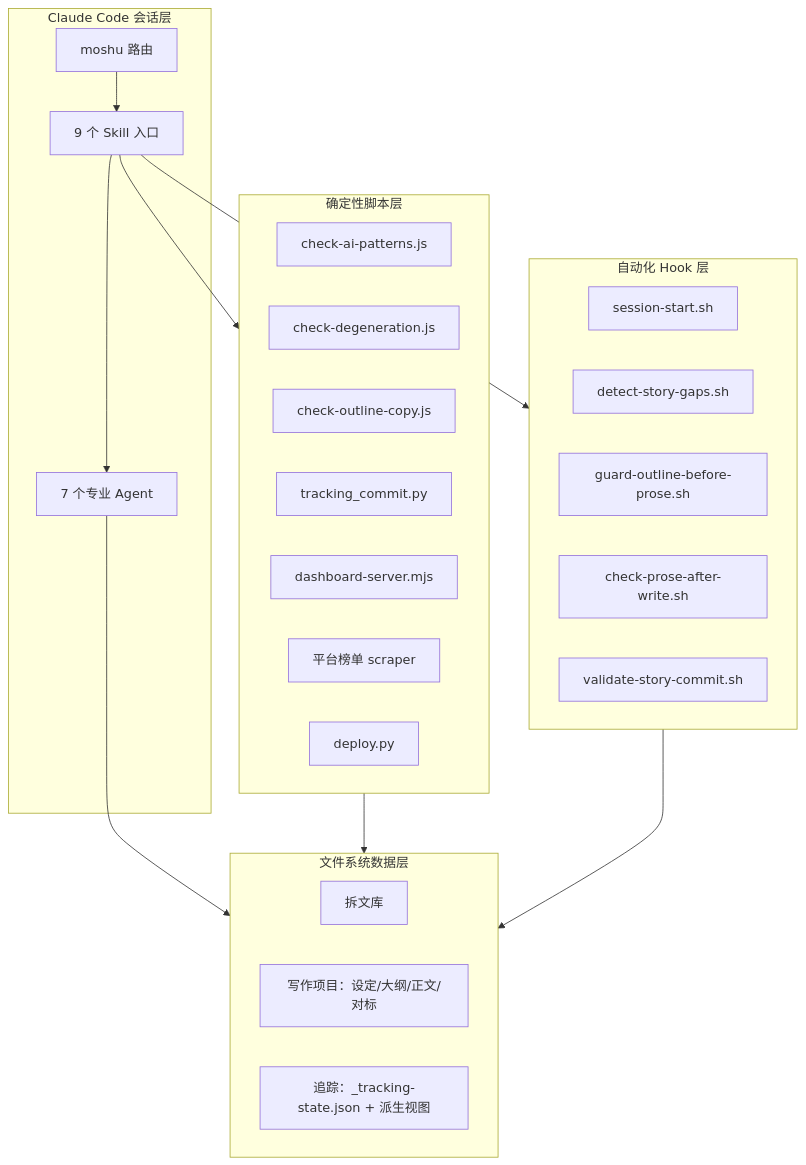
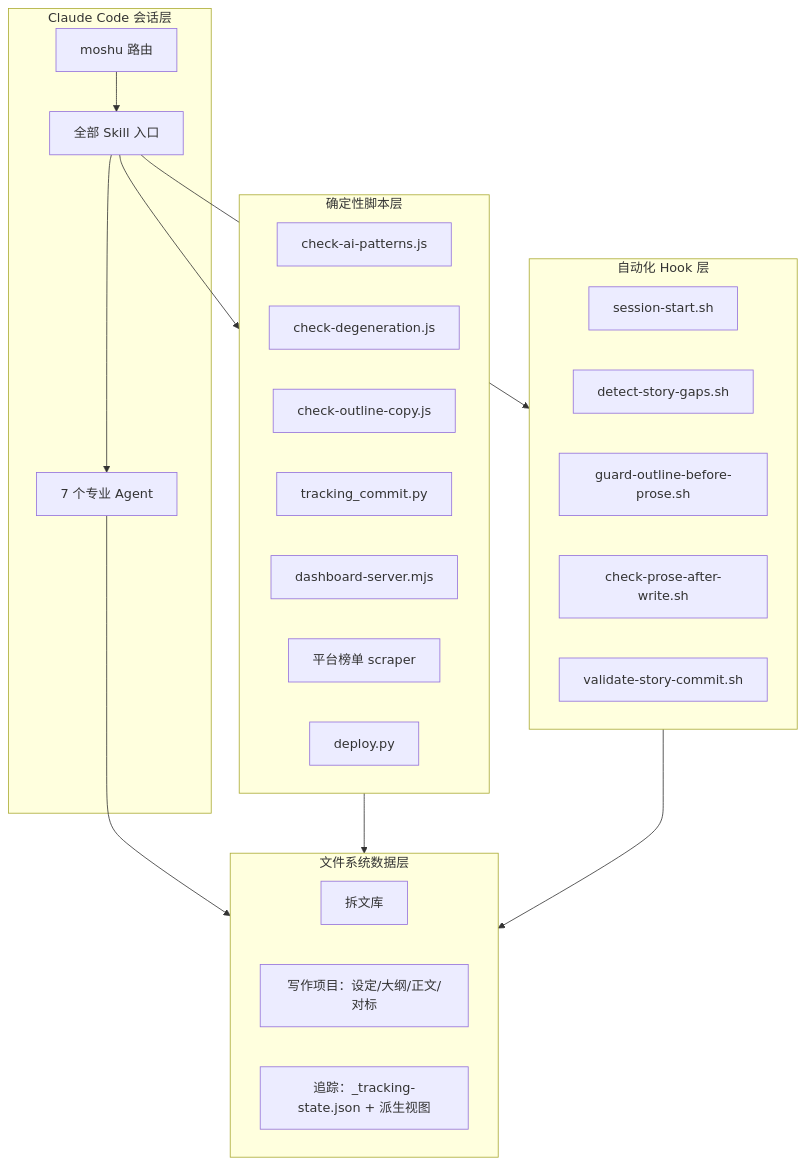
One commit to Chained1001/mo-shu changed the fourth of 4 diagrams in docs/architecture.md. Above: the diagram before and after it, drawn with Mermaid. The commit also changed 10 other files, not shown here.

````diff
--- a/docs/architecture.md
+++ b/docs/architecture.md
@@ -82,40 +82,40 @@
 ```mermaid
 flowchart TB
     subgraph UI[Claude Code 会话层]
         Router[moshu 路由]
-        Skills[9 个 Skill 入口]
+        Skills[全部 Skill 入口]
         Agents[7 个专业 Agent]
     end
 
     subgraph Deterministic[确定性脚本层]
         D1[check-ai-patterns.js]
         D2[check-degeneration.js]
         D3[check-outline-copy.js]
         D4[tracking_commit.py]
         D5[dashboard-server.mjs]
         D6[平台榜单 scraper]
         D7[deploy.py]
     end
 
     subgraph Hooks[自动化 Hook 层]
         H1[session-start.sh]
         H2[detect-story-gaps.sh]
         H3[guard-outline-before-prose.sh]
         H4[check-prose-after-write.sh]
         H5[validate-story-commit.sh]
     end
 
     subgraph Storage[文件系统数据层]
         F1[拆文库]
         F2[写作项目：设定/大纲/正文/对标]
         F3[追踪：_tracking-state.json + 派生视图]
     end
 
     Router --> Skills
     Skills --> Agents
     Skills --> Deterministic
     Skills --> Hooks
     Agents --> Storage
     Deterministic --> Storage
     Hooks --> Storage
 ```
````
